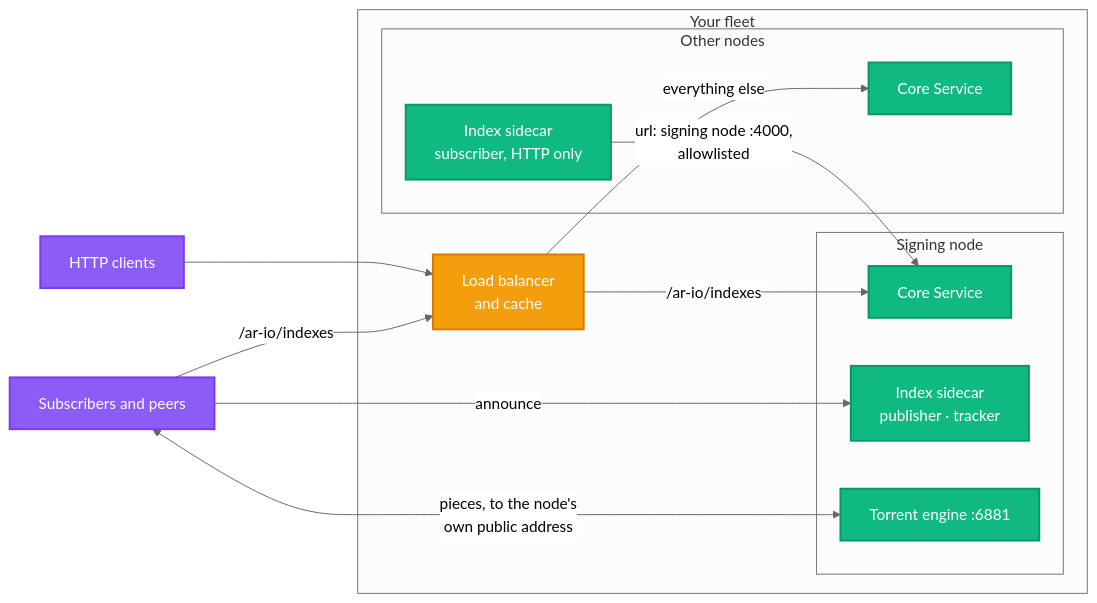
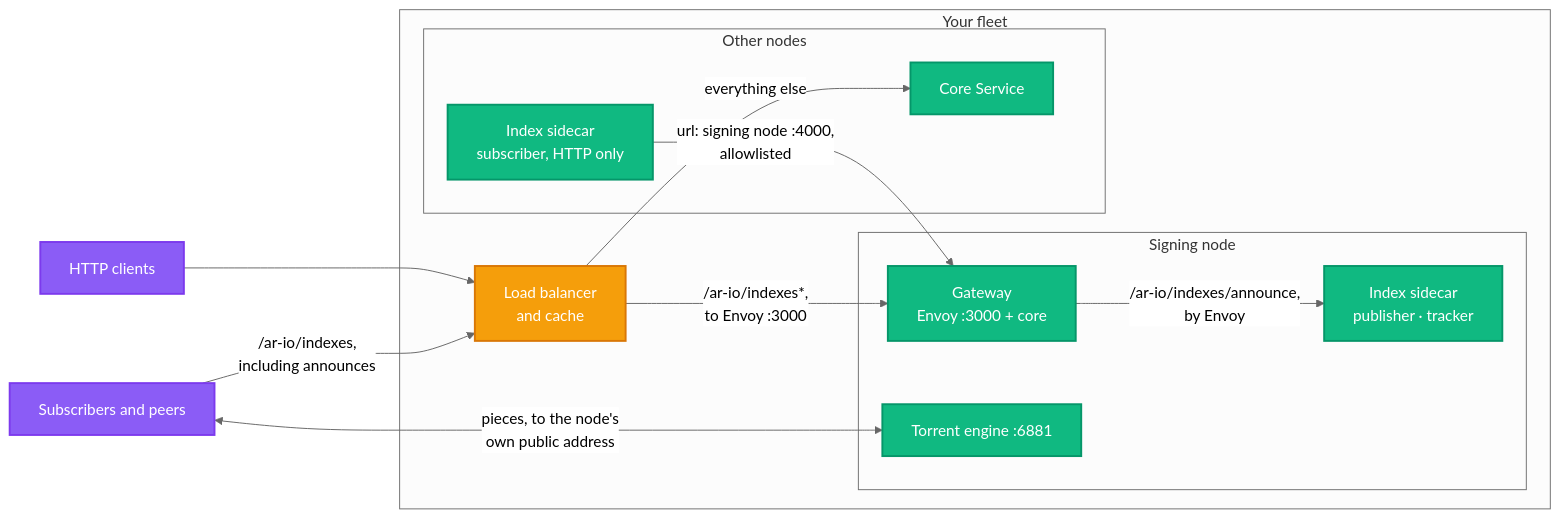
The second of 2 diagrams in content/build/run-a-gateway/manage/index-sharing.mdx (ar-io/docs), drawn with Mermaid (neutral theme) before and after one commit. The commit also changed other lines of this file and 3 other files, not shown here.

First line of the commit message:
docs(index-sharing): announce to the tracker through the gateway's HTTPS

````diff
--- a/content/build/run-a-gateway/manage/index-sharing.mdx
+++ b/content/build/run-a-gateway/manage/index-sharing.mdx
@@ -491,34 +500,34 @@
 ```mermaid
 graph LR
     CLIENTS[HTTP clients]
     PEERS[Subscribers and peers]
 
     subgraph Fleet ["Your fleet"]
         LB[Load balancer<br/>and cache]
         subgraph Signer ["Signing node"]
-            C1[Core Service]
+            C1[Gateway<br/>Envoy :3000 + core]
             S1[Index sidecar<br/>publisher · tracker]
             E1[Torrent engine :6881]
         end
         subgraph Other ["Other nodes"]
             C2[Core Service]
             S2[Index sidecar<br/>subscriber, HTTP only]
         end
     end
 
     CLIENTS --> LB
-    PEERS -->|/ar-io/indexes| LB
-    LB -->|/ar-io/indexes| C1
+    PEERS -->|/ar-io/indexes,<br/>including announces| LB
+    LB -->|/ar-io/indexes*,<br/>to Envoy :3000| C1
     LB -->|everything else| C2
     S2 -->|url: signing node :4000,<br/>allowlisted| C1
     PEERS <-->|pieces, to the node's<br/>own public address| E1
-    PEERS -->|announce| S1
+    C1 -->|/ar-io/indexes/announce,<br/>by Envoy| S1
 
     classDef service fill:#10b981,stroke:#059669,stroke-width:2px,color:#fff
     classDef proxy fill:#f59e0b,stroke:#d97706,stroke-width:2px,color:#fff
     classDef external fill:#8b5cf6,stroke:#7c3aed,stroke-width:2px,color:#fff
 
     class C1,C2,S1,S2,E1 service
     class LB proxy
     class CLIENTS,PEERS external
 ```
````
